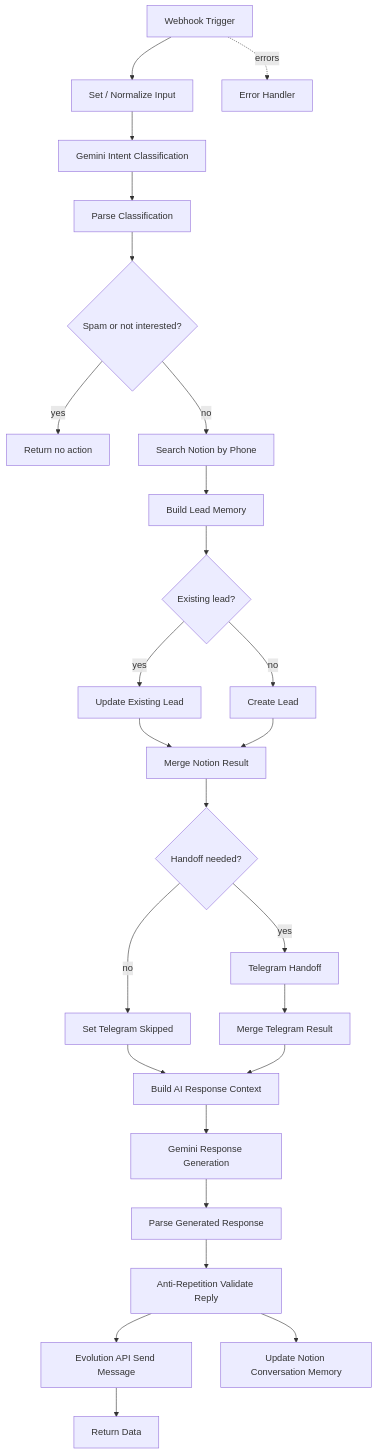
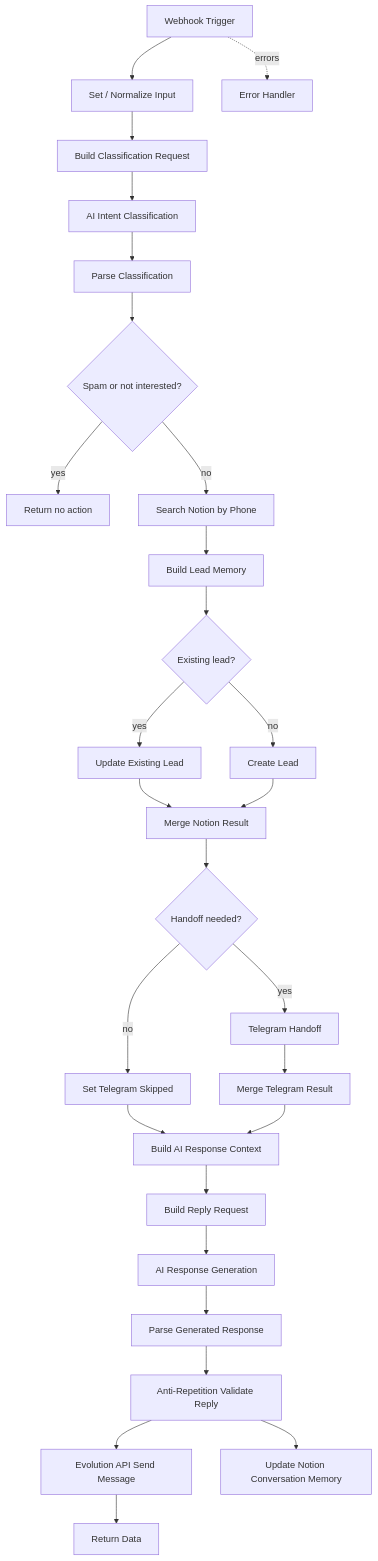
Before and after one commit to nicolasvargaszz/bot: the diagram in docs/n8n/whatsapp_buffered_inbound_workflow.md, drawn with Mermaid. The commit also changed other lines of this file and 7 other files, not shown here.

````diff
--- a/docs/n8n/whatsapp_buffered_inbound_workflow.md
+++ b/docs/n8n/whatsapp_buffered_inbound_workflow.md
@@ -15,28 +15,30 @@
 ```mermaid
 flowchart TD
     A[Webhook Trigger] --> B[Set / Normalize Input]
-    B --> C[Gemini Intent Classification]
+    B --> B2[Build Classification Request]
+    B2 --> C[AI Intent Classification]
     C --> D[Parse Classification]
     D --> E{Spam or not interested?}
     E -- yes --> F[Return no action]
     E -- no --> G[Search Notion by Phone]
     G --> H[Build Lead Memory]
     H --> I{Existing lead?}
     I -- yes --> J[Update Existing Lead]
     I -- no --> K[Create Lead]
     J --> L[Merge Notion Result]
     K --> L
     L --> M{Handoff needed?}
     M -- yes --> N[Telegram Handoff]
     M -- no --> O[Set Telegram Skipped]
     N --> P[Merge Telegram Result]
     O --> Q[Build AI Response Context]
     P --> Q
-    Q --> R[Gemini Response Generation]
+    Q --> Q2[Build Reply Request]
+    Q2 --> R[AI Response Generation]
     R --> S[Parse Generated Response]
     S --> T[Anti-Repetition Validate Reply]
     T --> U[Evolution API Send Message]
     T --> V[Update Notion Conversation Memory]
     U --> W[Return Data]
     A -. errors .-> X[Error Handler]
 ```
````
